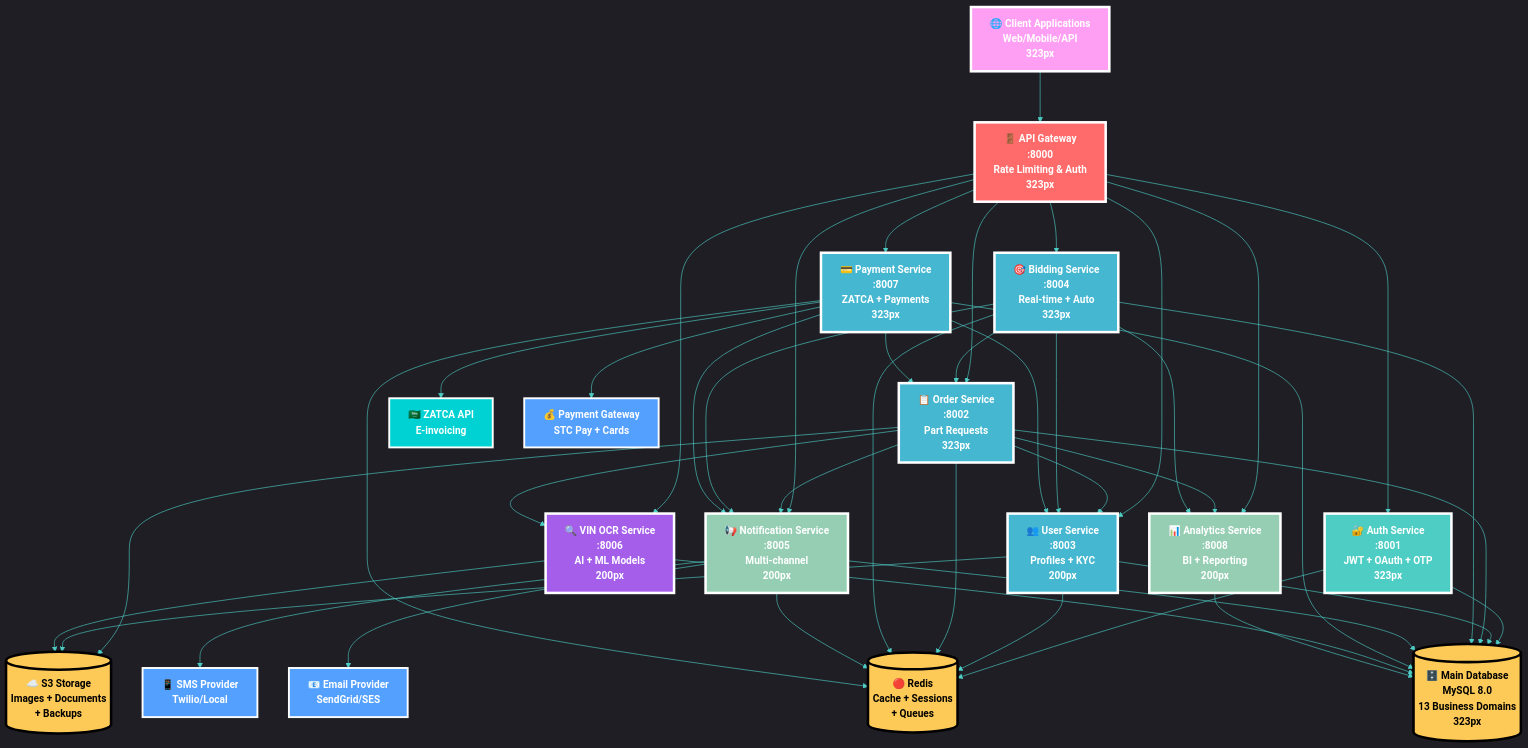
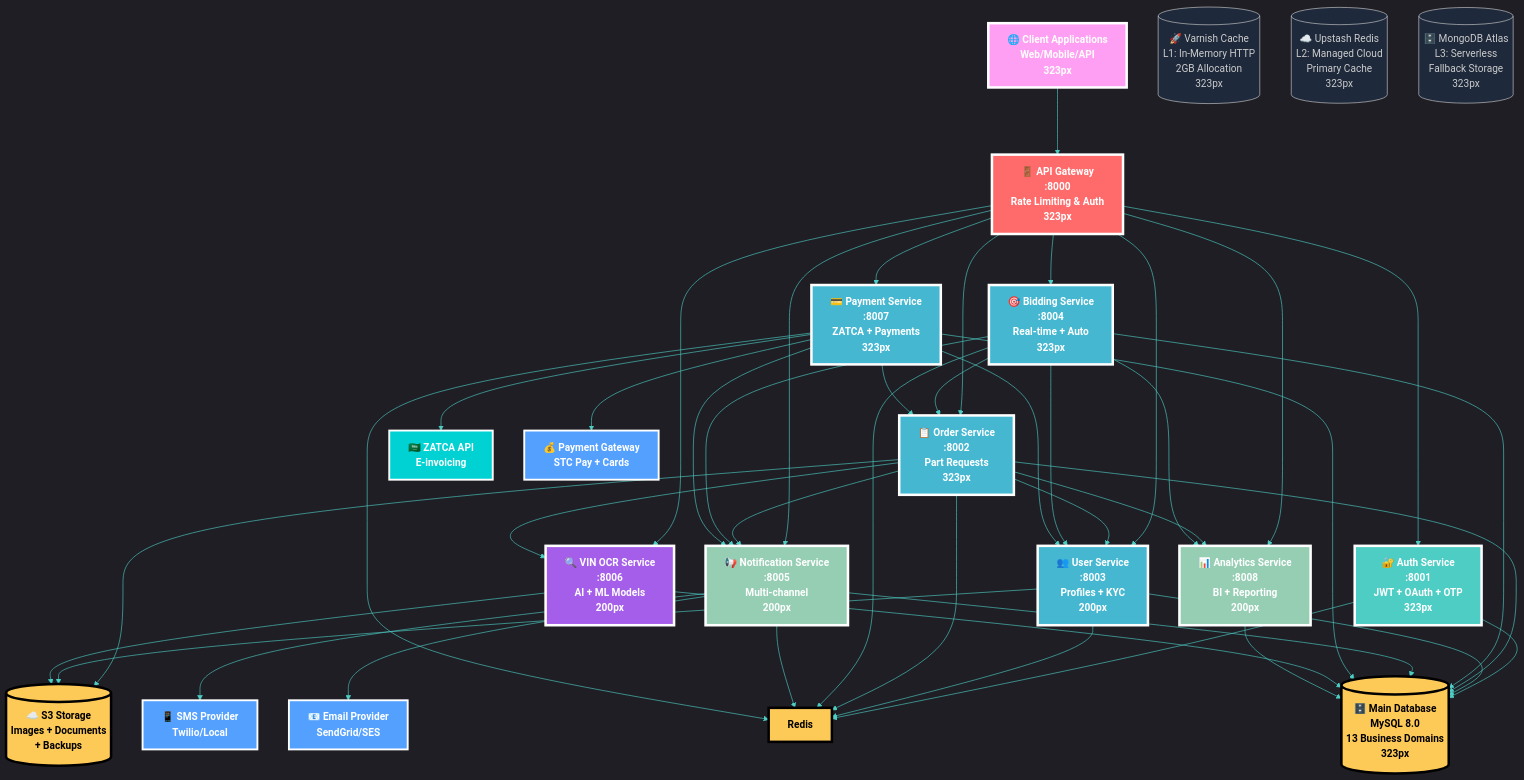
One commit to abdoElHodaky/larvrevrstender changed the first of 7 diagrams in diagrams/service-architecture.md. Above: the diagram before and after it, drawn with Mermaid. The commit also changed other lines of this file and 2 other files, not shown here.

First line of the commit message:
docs: Update service architecture, API architecture, and deployment guide for V2

```diff
--- a/diagrams/service-architecture.md
+++ b/diagrams/service-architecture.md
@@ -43,9 +61,13 @@
     VinOcrSvc["🔍 VIN OCR Service<br/>:8006<br/>AI + ML Models<br/>200px"]
     AnalyticsSvc["📊 Analytics Service<br/>:8008<br/>BI + Reporting<br/>200px"]
     
-    %% Data Layer
+    %% Multi-Tier Caching Layer
+    Varnish[(🚀 Varnish Cache<br/>L1: In-Memory HTTP<br/>2GB Allocation<br/>323px)]
+    UpstashRedis[(☁️ Upstash Redis<br/>L2: Managed Cloud<br/>Primary Cache<br/>323px)]
+    MongoDB[(🗄️ MongoDB Atlas<br/>L3: Serverless<br/>Fallback Storage<br/>323px)]
+    
+    %% Traditional Data Layer
     MainDB[("🗄️ Main Database<br/>MySQL 8.0<br/>13 Business Domains<br/>323px")]
-    Redis[(🔴 Redis<br/>Cache + Sessions<br/>+ Queues)]
     S3[(☁️ S3 Storage<br/>Images + Documents<br/>+ Backups)]
     
     %% External APIs
```
